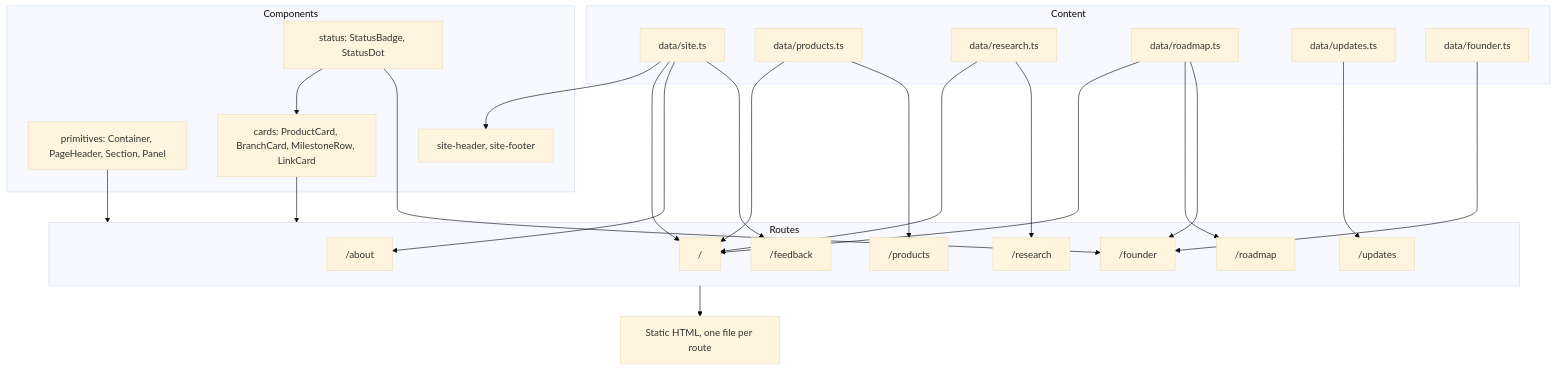
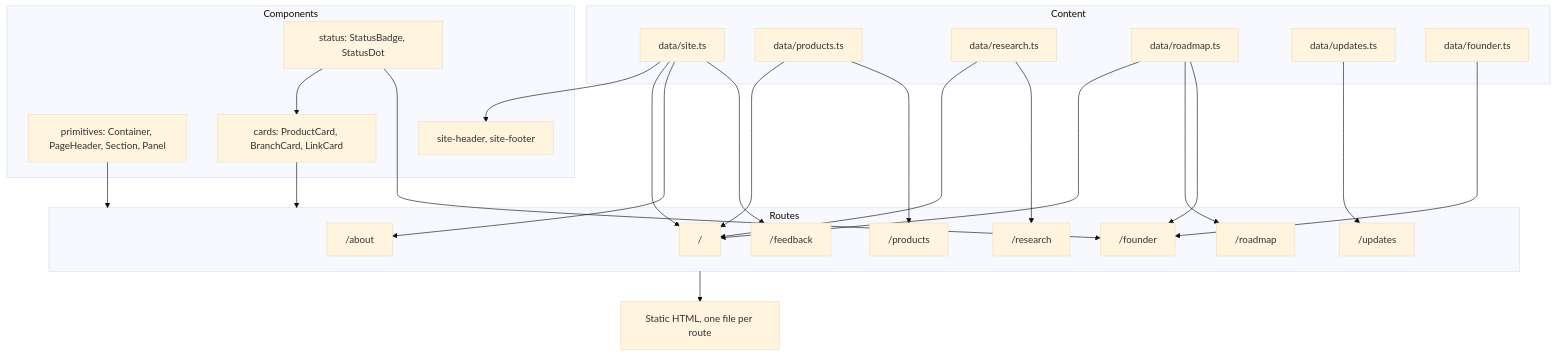
The diagram in docs/architecture.md (JJtmc1234/ME-Website), drawn with Mermaid (base theme) before and after one commit. The commit also changed 4 other files, not shown here.

````diff
--- a/docs/architecture.md
+++ b/docs/architecture.md
@@ -5,44 +5,44 @@
 ```mermaid
 flowchart TD
     subgraph Content
         SITE[data/site.ts]
         PROD[data/products.ts]
         RES[data/research.ts]
         ROAD[data/roadmap.ts]
         UPD[data/updates.ts]
         FOUND[data/founder.ts]
     end
 
     subgraph Components
         PRIM[primitives: Container, PageHeader, Section, Panel]
-        CARDS[cards: ProductCard, BranchCard, MilestoneRow, LinkCard]
+        CARDS[cards: ProductCard, BranchCard, LinkCard]
         STAT[status: StatusBadge, StatusDot]
         NAVC[site-header, site-footer]
     end
 
     subgraph Routes
         HOME["/"]
         P["/products"]
         R["/research"]
         RM["/roadmap"]
         A["/about"]
         F["/feedback"]
         U["/updates"]
         FP["/founder"]
     end
 
     SITE --> NAVC
     SITE --> HOME
     SITE --> A
     SITE --> F
     PROD --> HOME & P
     RES --> HOME & R
     ROAD --> HOME & RM & FP
     UPD --> U
     FOUND --> FP
 
     PRIM --> Routes
     CARDS --> Routes
     STAT --> CARDS & FP
     Routes --> HTML[Static HTML, one file per route]
 ```
````
